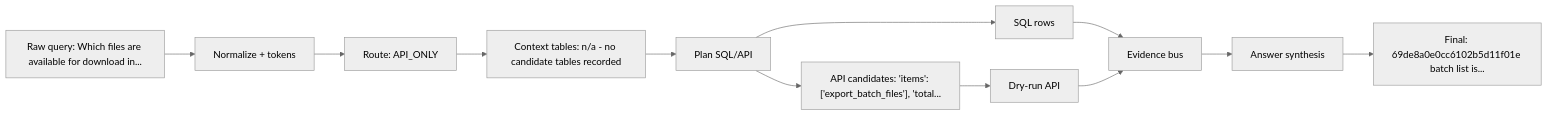
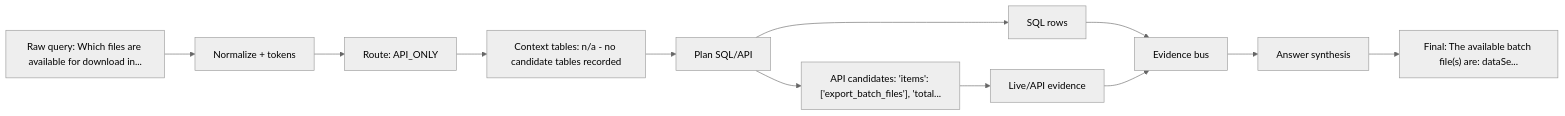
Before and after one commit to dashsys-workshop-vldb/dashsys-workshop-vldb.github.io: the diagram in outputs/visualizations/query_example_031_dataflow.md, drawn with Mermaid (neutral theme). The commit also changed other lines of this file and 662 other files, not shown here.

````diff
--- a/outputs/visualizations/query_example_031_dataflow.md
+++ b/outputs/visualizations/query_example_031_dataflow.md
@@ -17,14 +17,14 @@
 ```mermaid
 flowchart LR
   Q["Raw query: Which files are available for download in..."] --> N["Normalize + tokens"]
   N --> R["Route: API_ONLY"]
   R --> C["Context tables: n/a - no candidate tables recorded"]
   C --> P["Plan SQL/API"]
   P --> S["SQL rows"]
   P --> A["API candidates: 'items': ['export_batch_files'], 'total..."]
-  A --> E["Dry-run API"]
+  A --> E["Live/API evidence"]
   S --> V["Evidence bus"]
   E --> V
   V --> H["Answer synthesis"]
-  H --> F["Final: 69de8a0e0cc6102b5d11f01e batch list is..."]
+  H --> F["Final: The available batch file(s) are: dataSe..."]
 ```
````
